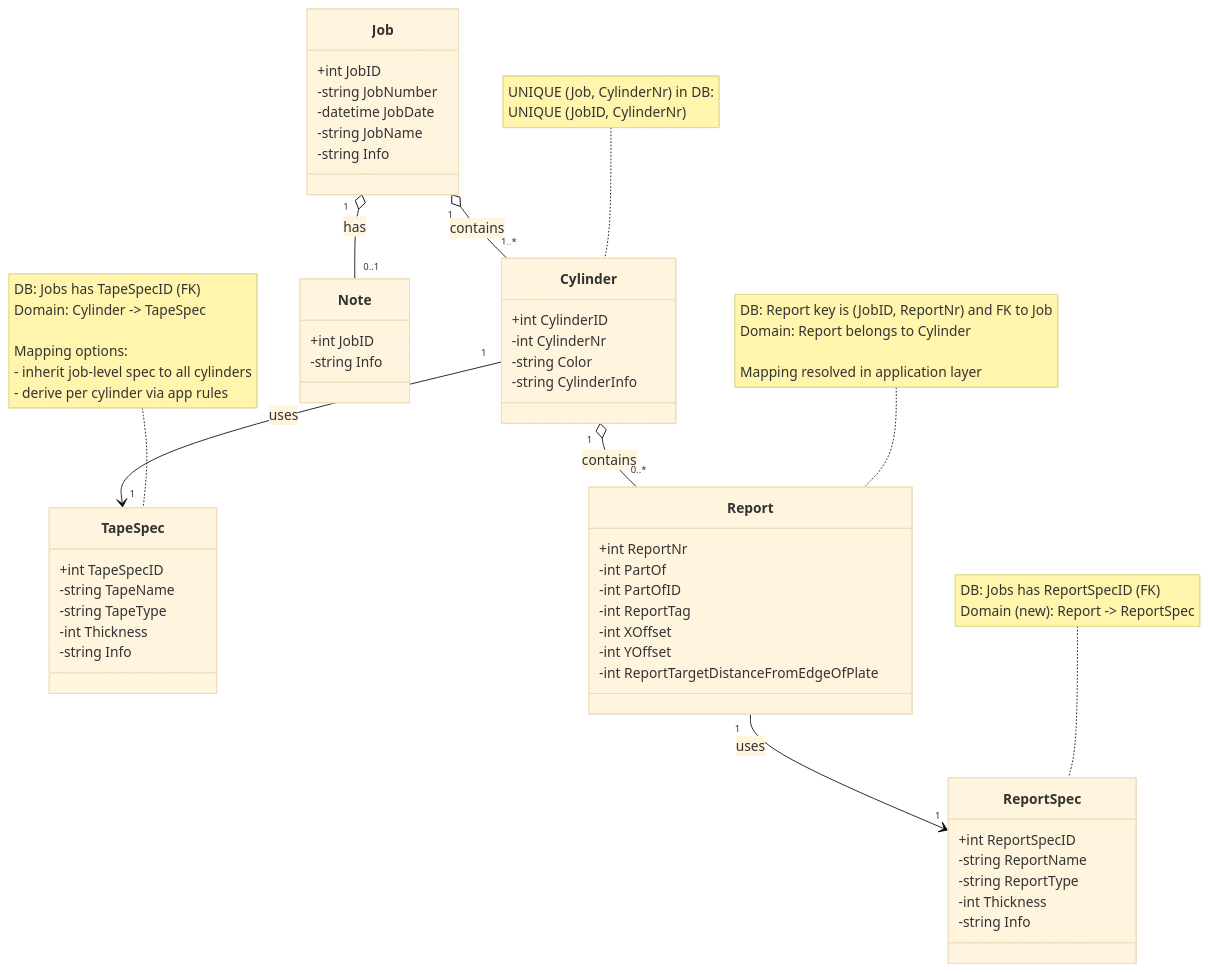
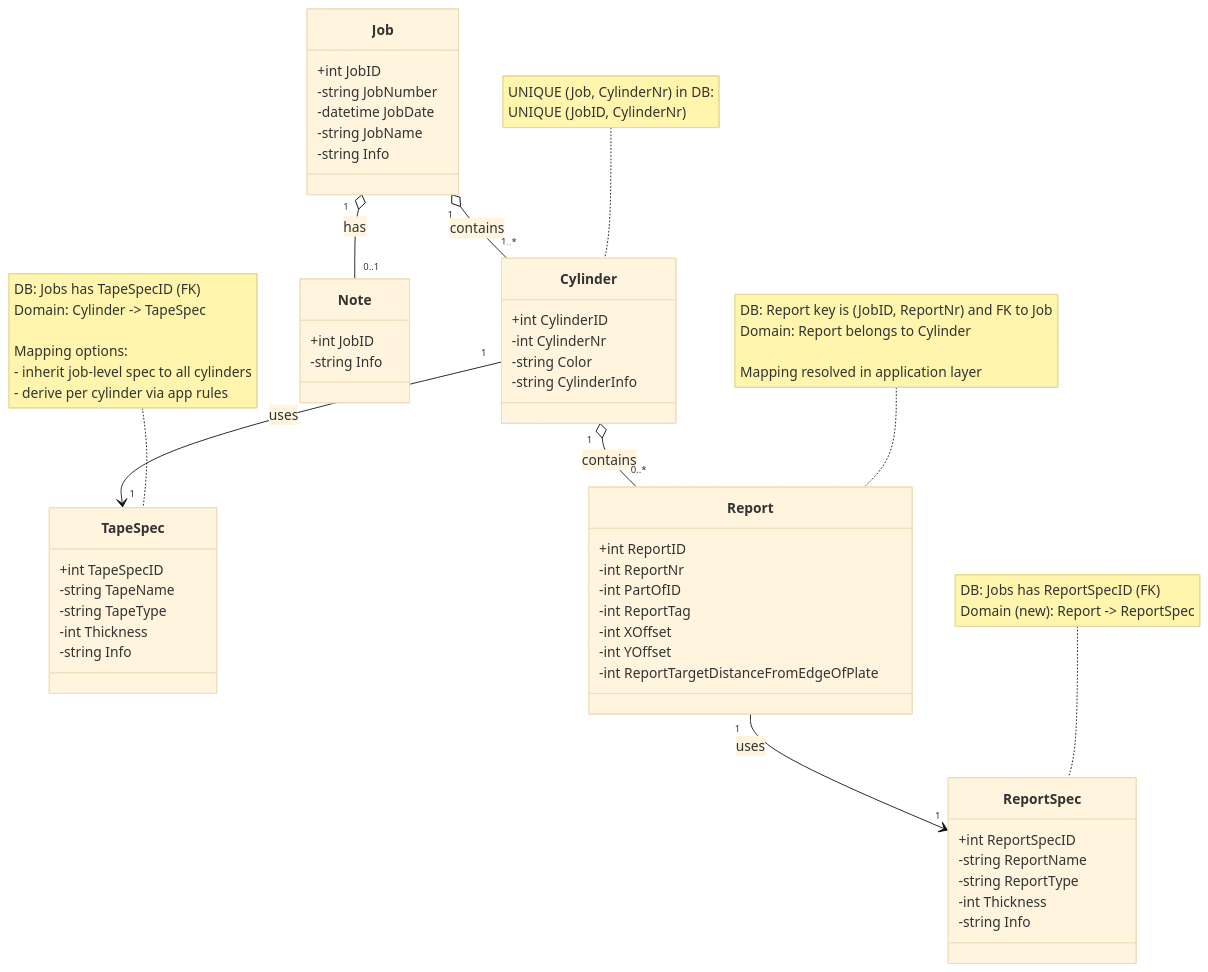
Before and after one commit to Th3Bl0ndG0d/WBJE_Backend: the diagram in src/main/java/nl/avflexologic/wbje/classDiagram/classDiagram.MMD, drawn with Mermaid (base theme). The commit also changed 1 other file, not shown here.

```diff
--- a/src/main/java/nl/avflexologic/wbje/classDiagram/classDiagram.MMD
+++ b/src/main/java/nl/avflexologic/wbje/classDiagram/classDiagram.MMD
@@ -1,74 +1,74 @@
 classDiagram
 %% ============================
 %% Domein-entiteiten
 %% ============================
 
     class Job {
         +int JobID
         -string JobNumber
         -datetime JobDate
         -string JobName
         -string Info
     }
 
     class Cylinder {
         +int CylinderID
         -int CylinderNr
         -string Color
         -string CylinderInfo
     }
 
     class TapeSpec {
         +int TapeSpecID
         -string TapeName
         -string TapeType
         -int Thickness
         -string Info
     }
 
     class ReportSpec {
         +int ReportSpecID
         -string ReportName
         -string ReportType
         -int Thickness
         -string Info
     }
 
     class Report {
-        +int ReportNr
-        -int PartOf
+        +int ReportID
+        -int ReportNr
         -int PartOfID
         -int ReportTag
         -int XOffset
         -int YOffset
         -int ReportTargetDistanceFromEdgeOfPlate
     }
 
     class Note {
         +int JobID
         -string Info
     }
 
 %% ============================
 %% Relaties
 %% ============================
 
 Job "1" o-- "1..*" Cylinder : contains
 Job "1" o-- "0..1" Note : has
 
 Cylinder "1" --> "1" TapeSpec : uses
 Cylinder "1" o-- "0..*" Report : contains
 
 Report "1" --> "1" ReportSpec : uses
 
 %% ============================
 %% Notes
 %% ============================
 
 note for Cylinder "UNIQUE (Job, CylinderNr) in DB:<br/>UNIQUE (JobID, CylinderNr)"
 
 note for TapeSpec "DB: Jobs has TapeSpecID (FK)<br/>Domain: Cylinder -&gt; TapeSpec<br/><br/>Mapping options:<br/>- inherit job-level spec to all cylinders<br/>- derive per cylinder via app rules"
 
 note for ReportSpec "DB: Jobs has ReportSpecID (FK)<br/>Domain (new): Report -&gt; ReportSpec"
 
 note for Report "DB: Report key is (JobID, ReportNr) and FK to Job<br/>Domain: Report belongs to Cylinder<br/><br/>Mapping resolved in application layer"
```
